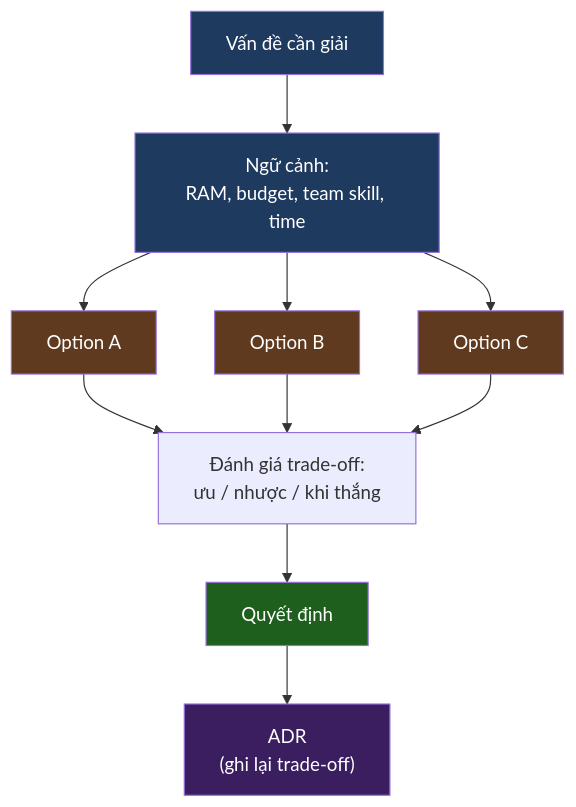
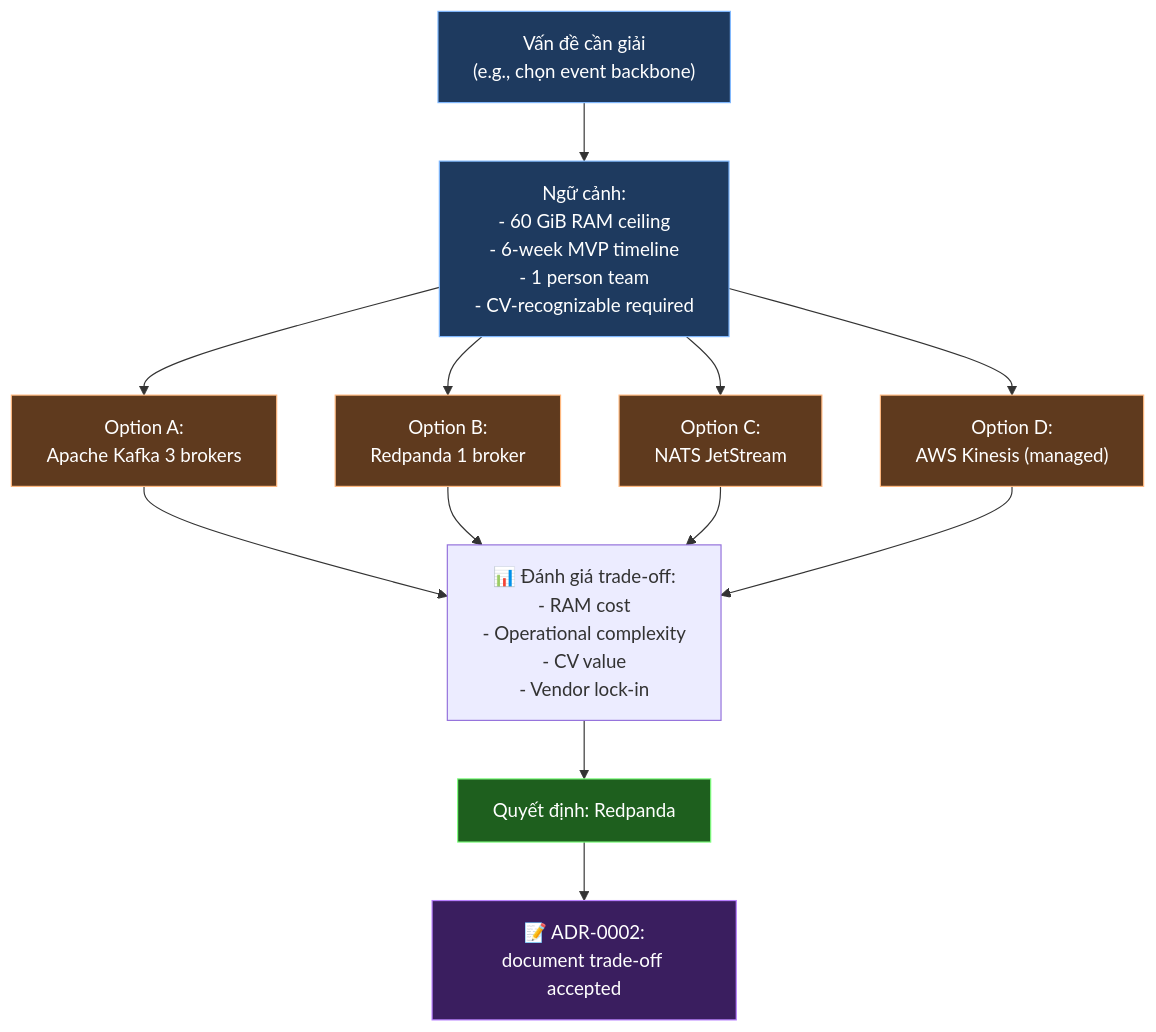
Before and after one commit to ankinguyen-engineer-2002/realtime-data-ai-platform-digital-twin: the first of 4 diagrams in learning/00-mental-models/02-trade-off-thinking.md, drawn with Mermaid. The commit also changed other lines of this file, not shown here.

First line of the commit message:
docs(learning): F00/02 Trade-off thinking rewritten v2 university-grade

````diff
--- a/learning/00-mental-models/02-trade-off-thinking.md
+++ b/learning/00-mental-models/02-trade-off-thinking.md
@@ -44,26 +95,34 @@
 ```mermaid
 flowchart TD
-    classDef ctx fill:#1e3a5f,color:#fff
-    classDef opt fill:#5f3a1e,color:#fff
-    classDef dec fill:#1e5f1e,color:#fff
-    classDef adr fill:#3a1e5f,color:#fff
+    classDef ctx fill:#1e3a5f,stroke:#7fb8ff,color:#fff
+    classDef opt fill:#5f3a1e,stroke:#ffb87f,color:#fff
+    classDef dec fill:#1e5f1e,stroke:#7fff7f,color:#fff
+    classDef adr fill:#3a1e5f,stroke:#b87fff,color:#fff
 
-    P["Vấn đề cần giải"]:::ctx
-    C["Ngữ cảnh:<br/>RAM, budget, team skill, time"]:::ctx
-    O1["Option A"]:::opt
-    O2["Option B"]:::opt
-    O3["Option C"]:::opt
-    T["Đánh giá trade-off:<br/>ưu / nhược / khi thắng"]
-    D["Quyết định"]:::dec
-    A["ADR<br/>(ghi lại trade-off)"]:::adr
+    P["Vấn đề cần giải<br/>(e.g., chọn event backbone)"]:::ctx
+
+    C["Ngữ cảnh:<br/>- 60 GiB RAM ceiling<br/>- 6-week MVP timeline<br/>- 1 person team<br/>- CV-recognizable required"]:::ctx
+
+    O1["Option A:<br/>Apache Kafka 3 brokers"]:::opt
+    O2["Option B:<br/>Redpanda 1 broker"]:::opt
+    O3["Option C:<br/>NATS JetStream"]:::opt
+    O4["Option D:<br/>AWS Kinesis (managed)"]:::opt
+
+    T["📊 Đánh giá trade-off:<br/>- RAM cost<br/>- Operational complexity<br/>- CV value<br/>- Vendor lock-in"]
+
+    D["Quyết định: Redpanda"]:::dec
+
+    A["📝 ADR-0002:<br/>document trade-off accepted"]:::adr
 
     P --> C
     C --> O1
     C --> O2
     C --> O3
+    C --> O4
     O1 --> T
     O2 --> T
     O3 --> T
+    O4 --> T
     T --> D
     D --> A
 ```
````
